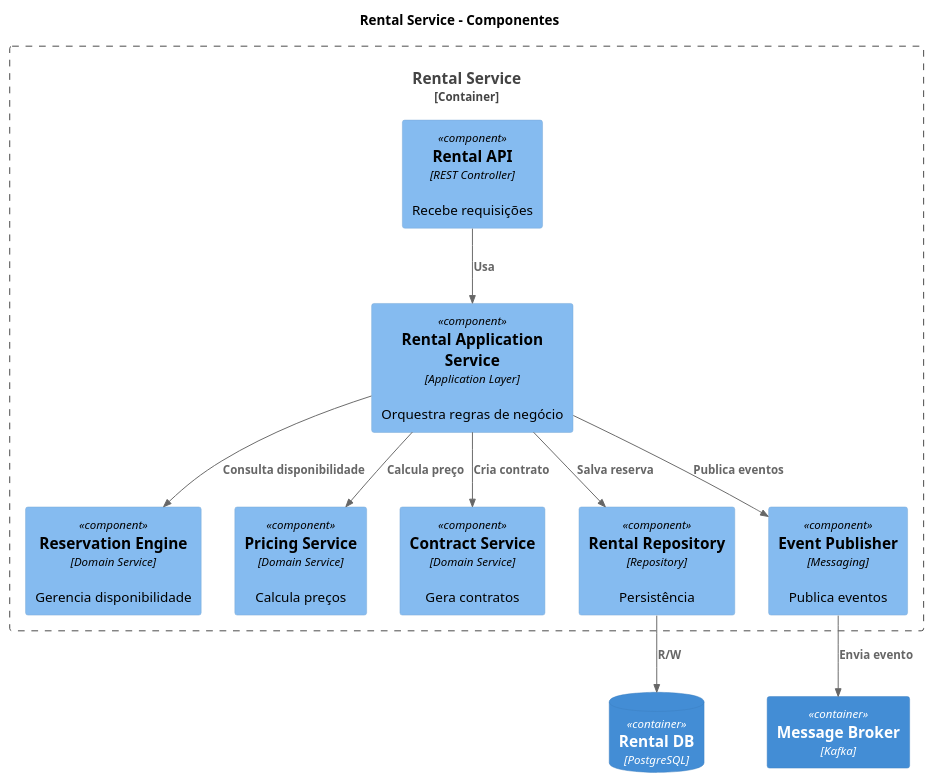
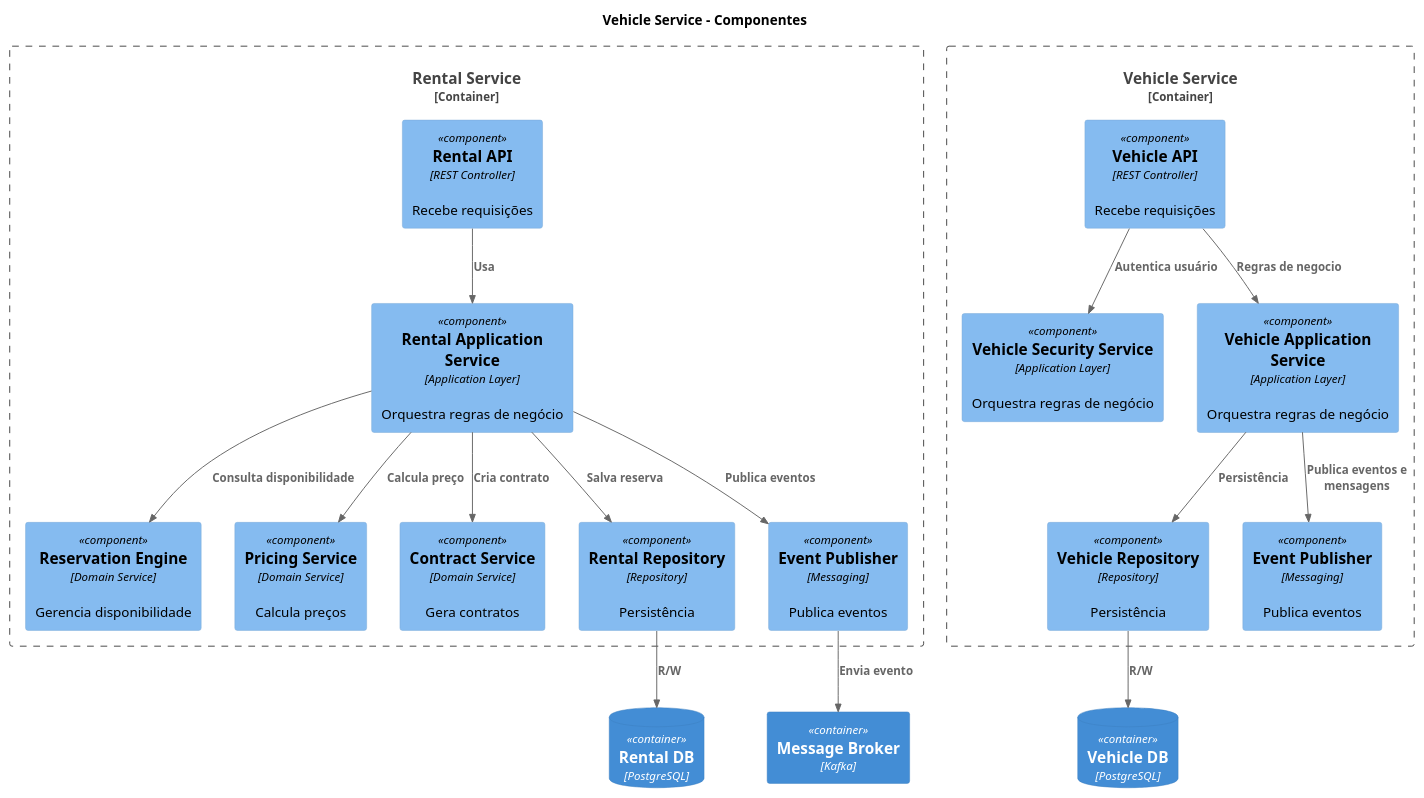
Before and after one commit to G4BR-13-L/c4-model-arquitetura-multiplataforma: the diagram in componente-level-3.plantuml, drawn with PlantUML. The commit also changed 8 other files, not shown here.

Commit message:
diagramas 1 e 2. 3 foi apenas iniciado

```diff
--- a/componente-level-3.plantuml
+++ b/componente-level-3.plantuml
@@ -1,41 +1,71 @@
 @startuml
 !include https://raw.githubusercontent.com/plantuml-stdlib/C4-PlantUML/master/C4_Component.puml
 
 title Rental Service - Componentes
 
 Container_Boundary(rental_service, "Rental Service") {
 
-Component(rental_api, "Rental API", "REST Controller", "Recebe requisições")
+    Component(rental_api, "Rental API", "REST Controller", "Recebe requisições")
 
-Component(rental_application, "Rental Application Service", "Application Layer", "Orquestra regras de negócio")
+    Component(rental_application, "Rental Application Service", "Application Layer", "Orquestra regras de negócio")
 
-Component(reservation_engine, "Reservation Engine", "Domain Service", "Gerencia disponibilidade")
+    Component(reservation_engine, "Reservation Engine", "Domain Service", "Gerencia disponibilidade")
 
-Component(pricing_service, "Pricing Service", "Domain Service", "Calcula preços")
+    Component(pricing_service, "Pricing Service", "Domain Service", "Calcula preços")
 
-Component(contract_service, "Contract Service", "Domain Service", "Gera contratos")
+    Component(contract_service, "Contract Service", "Domain Service", "Gera contratos")
 
-Component(rental_repository, "Rental Repository", "Repository", "Persistência")
+    Component(rental_repository, "Rental Repository", "Repository", "Persistência")
 
-Component(event_publisher, "Event Publisher", "Messaging", "Publica eventos")
+    Component(event_publisher, "Event Publisher", "Messaging", "Publica eventos")
 
 }
 
 ContainerDb(rental_db, "Rental DB", "PostgreSQL")
 
 Container(message_broker, "Message Broker", "Kafka")
 
 Rel(rental_api, rental_application, "Usa")
 
 Rel(rental_application, reservation_engine, "Consulta disponibilidade")
 Rel(rental_application, pricing_service, "Calcula preço")
 Rel(rental_application, contract_service, "Cria contrato")
 
 Rel(rental_application, rental_repository, "Salva reserva")
 
 Rel(rental_repository, rental_db, "R/W")
 
 Rel(rental_application, event_publisher, "Publica eventos")
 Rel(event_publisher, message_broker, "Envia evento")
 
+
+
+'' Veiculos
+
+title Vehicle Service - Componentes
+
+Container_Boundary(vehicle_service, "Vehicle Service") {
+
+    Component(vehicle_api, "Vehicle API", "REST Controller", "Recebe requisições")
+
+    Component(vehicle_security_service, "Vehicle Security Service", "Application Layer", "Orquestra regras de negócio")
+    
+    Component(vehicle_application, "Vehicle Application Service", "Application Layer", "Orquestra regras de negócio")
+
+    Component(vehicle_repository, "Vehicle Repository", "Repository", "Persistência")
+
+    Component(vehicle_event_publisher, "Event Publisher", "Messaging", "Publica eventos")
+
+}
+
+ContainerDb(vehicle_db, "Vehicle DB", "PostgreSQL")
+
+Container(message_broker, "Message Broker", "Kafka")
+
+Rel(vehicle_api, vehicle_security_service, "Autentica usuário")
+Rel(vehicle_api, vehicle_application, "Regras de negocio")
+Rel(vehicle_application, vehicle_repository, "Persistência")
+Rel(vehicle_application, vehicle_event_publisher, "Publica eventos e mensagens")
+
+Rel(vehicle_repository, vehicle_db, "R/W")
 @enduml
```
